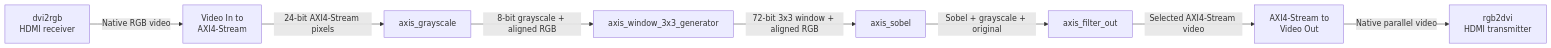
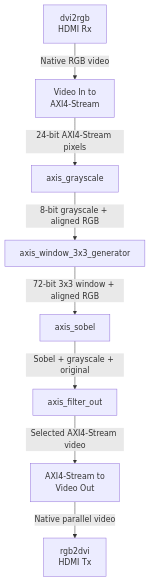
One commit to ptocxv/AXI-Stream-video-filtering-on-FPGA changed the second of 5 diagrams in README.md. Above: the diagram before and after it, drawn with Mermaid. The commit also changed other lines of this file, not shown here.

````diff
--- a/README.md
+++ b/README.md
@@ -106,19 +111,19 @@
 ```mermaid
-flowchart LR
-    RX["dvi2rgb<br/>HDMI receiver"]
+flowchart TB
+    RX["dvi2rgb<br/>HDMI Rx"]
     VIN["Video In to<br/>AXI4-Stream"]
     GRAY["axis_grayscale"]
     WIN["axis_window_3x3_generator"]
     SOBEL["axis_sobel"]
     SEL["axis_filter_out"]
     VOUT["AXI4-Stream to<br/>Video Out"]
-    TX["rgb2dvi<br/>HDMI transmitter"]
+    TX["rgb2dvi<br/>HDMI Tx"]
 
     RX -->|"Native RGB video"| VIN
     VIN -->|"24-bit AXI4-Stream pixels"| GRAY
     GRAY -->|"8-bit grayscale + aligned RGB"| WIN
     WIN -->|"72-bit 3x3 window + aligned RGB"| SOBEL
     SOBEL -->|"Sobel + grayscale + original"| SEL
     SEL -->|"Selected AXI4-Stream video"| VOUT
     VOUT -->|"Native parallel video"| TX
 ```
````
